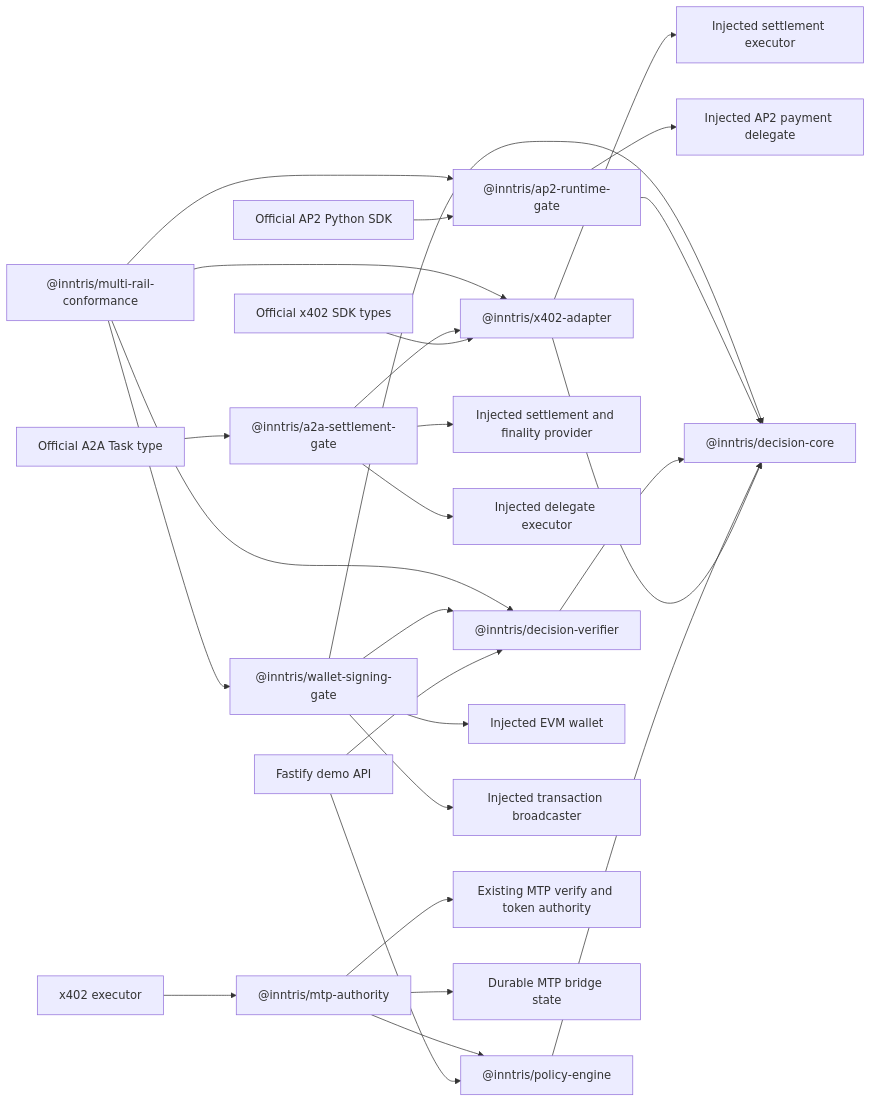
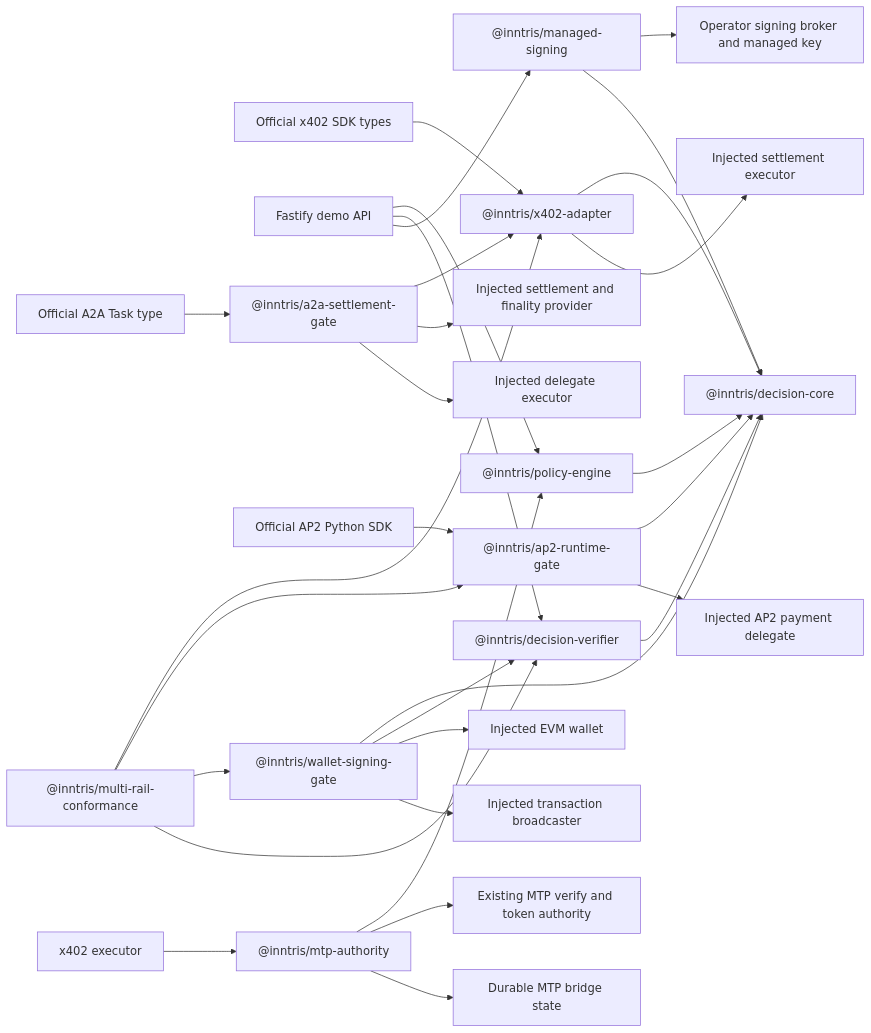
The diagram in ARCHITECTURE.md (Inntris/inntris-x402-policy-adapter), drawn with Mermaid before and after one commit. The commit also changed other lines of this file and 21 other files, not shown here.

Commit message:
feat: add managed signing and key rotation (#27)

````diff
--- a/ARCHITECTURE.md
+++ b/ARCHITECTURE.md
@@ -20,29 +22,32 @@
 ```mermaid
 flowchart LR
     X["Official x402 SDK types"] --> A["@inntris/x402-adapter"]
     A --> C["@inntris/decision-core"]
     P["@inntris/policy-engine"] --> C
     V["@inntris/decision-verifier"] --> C
     API["Fastify demo API"] --> P
     API --> V
+    API --> MS["@inntris/managed-signing"]
+    MS --> KMS["Operator signing broker and managed key"]
+    MS --> C
     A --> E["Injected settlement executor"]
     T["Official A2A Task type"] --> G["@inntris/a2a-settlement-gate"]
     G --> A
     G --> S["Injected settlement and finality provider"]
     G --> D["Injected delegate executor"]
     M["Official AP2 Python SDK"] --> R["@inntris/ap2-runtime-gate"]
     R --> C
     R --> Q["Injected AP2 payment delegate"]
     W["@inntris/wallet-signing-gate"] --> C
     W --> V
     W --> K["Injected EVM wallet"]
     W --> B["Injected transaction broadcaster"]
     N["@inntris/multi-rail-conformance"] --> A
     N --> R
     N --> W
     N --> V
     X402["x402 executor"] --> H["@inntris/mtp-authority"]
     H --> P
     H --> MTP["Existing MTP verify and token authority"]
     H --> PG["Durable MTP bridge state"]
 ```
````
